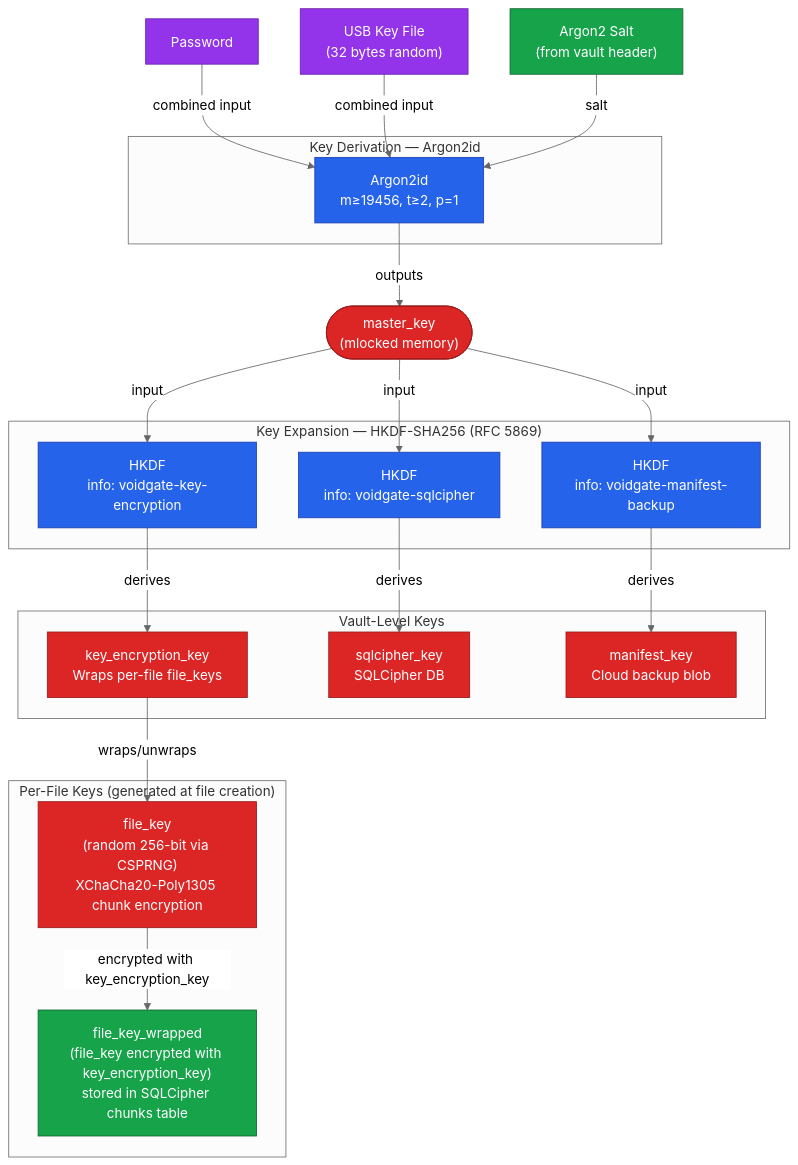
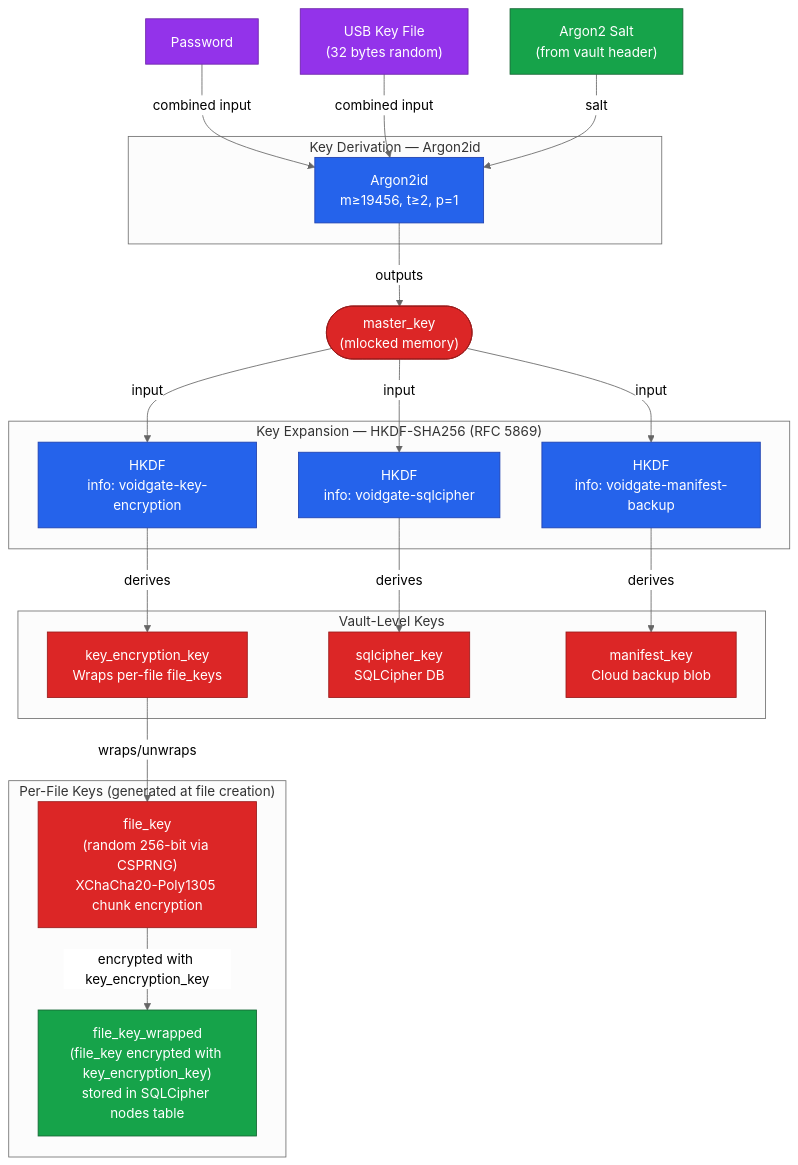
The diagram in docs/architecture/diagrams/key-derivation-tree.md (salgaard/arx-runa), drawn with Mermaid (neutral theme) before and after one commit. The commit also changed 9 other files, not shown here.

````diff
--- a/docs/architecture/diagrams/key-derivation-tree.md
+++ b/docs/architecture/diagrams/key-derivation-tree.md
@@ -6,51 +6,51 @@
 ```mermaid
 flowchart TD
     PW["Password"]:::user
     KF["USB Key File\n(32 bytes random)"]:::user
     SALT["Argon2 Salt\n(from vault header)"]:::storage
 
     subgraph KDF ["Key Derivation — Argon2id"]
         ARGON["Argon2id\nm≥19456, t≥2, p=1"]:::crypto
     end
 
     MK_NODE(["master_key\n(mlocked memory)"]):::secret
 
     subgraph HKDF_LAYER ["Key Expansion — HKDF-SHA256 (RFC 5869)"]
         HKDF1["HKDF\ninfo: voidgate-key-encryption"]:::crypto
         HKDF2["HKDF\ninfo: voidgate-sqlcipher"]:::crypto
         HKDF3["HKDF\ninfo: voidgate-manifest-backup"]:::crypto
     end
 
     subgraph VAULT_KEYS ["Vault-Level Keys"]
         KEK["key_encryption_key\nWraps per-file file_keys"]:::secret
         SK["sqlcipher_key\nSQLCipher DB"]:::secret
         MK["manifest_key\nCloud backup blob"]:::secret
     end
 
     subgraph PER_FILE ["Per-File Keys (generated at file creation)"]
         FK["file_key\n(random 256-bit via CSPRNG)\nXChaCha20-Poly1305 chunk encryption"]:::secret
-        FKW["file_key_wrapped\n(file_key encrypted with key_encryption_key)\nstored in SQLCipher chunks table"]:::storage
+        FKW["file_key_wrapped\n(file_key encrypted with key_encryption_key)\nstored in SQLCipher nodes table"]:::storage
     end
 
     PW -->|"combined input"| ARGON
     KF -->|"combined input"| ARGON
     SALT -->|"salt"| ARGON
 
     ARGON -->|"outputs"| MK_NODE
 
     MK_NODE -->|"input"| HKDF1
     MK_NODE -->|"input"| HKDF2
     MK_NODE -->|"input"| HKDF3
 
     HKDF1 -->|"derives"| KEK
     HKDF2 -->|"derives"| SK
     HKDF3 -->|"derives"| MK
 
     KEK -->|"wraps/unwraps"| FK
     FK -->|"encrypted with key_encryption_key"| FKW
 
     classDef secret fill:#dc2626,stroke:#991b1b,color:#fff
     classDef crypto fill:#2563eb,stroke:#1e40af,color:#fff
     classDef storage fill:#16a34a,stroke:#166534,color:#fff
     classDef user fill:#9333ea,stroke:#6b21a8,color:#fff
 ```
````
